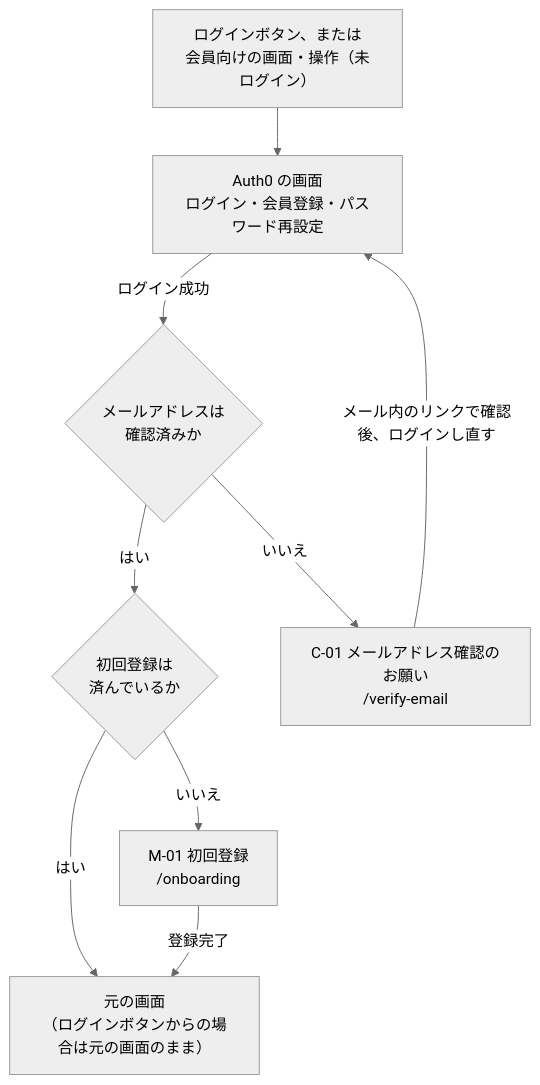
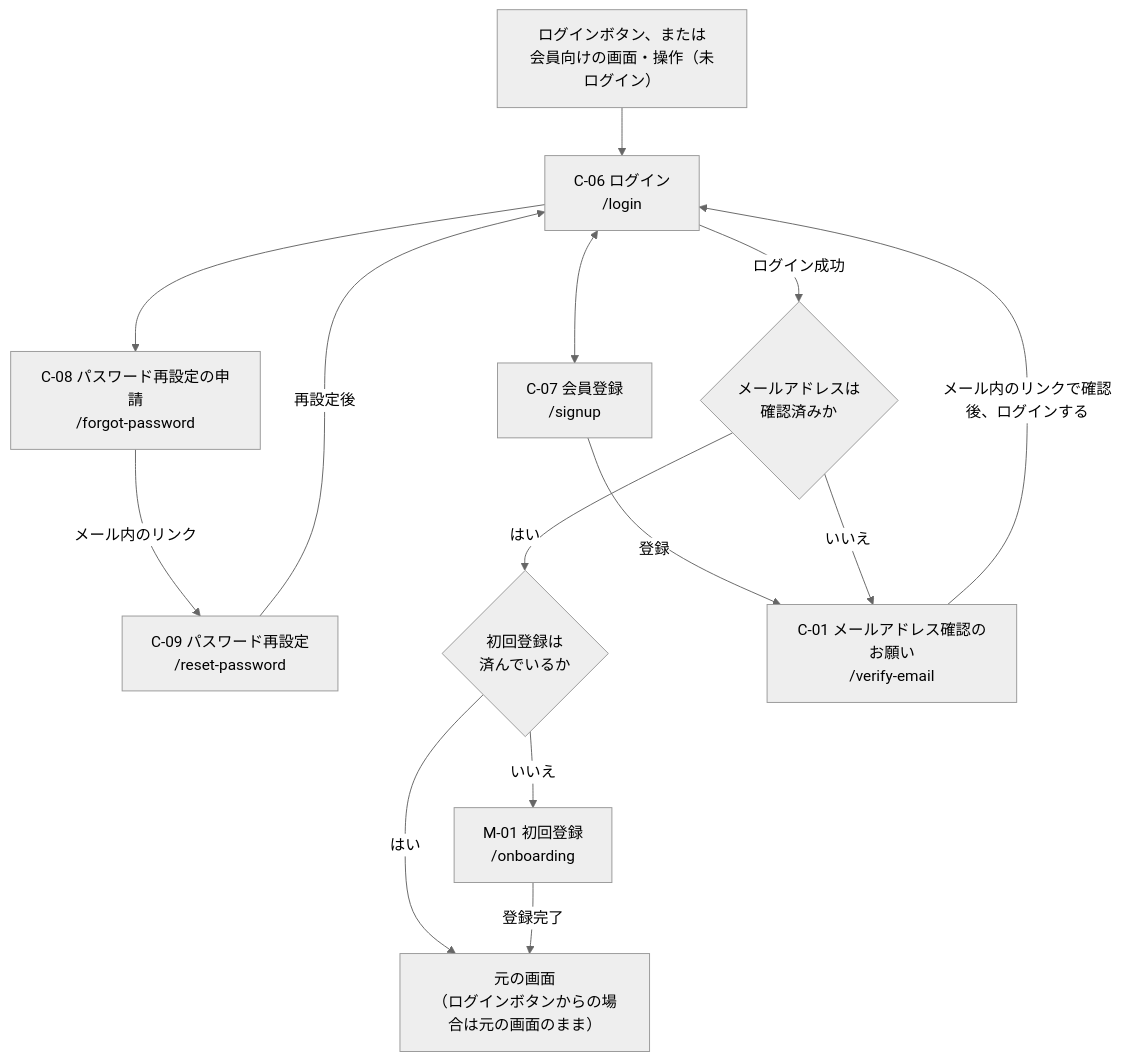
Before and after one commit to mtgit12/joushou: the second of 4 diagrams in docs/design/screens.md, drawn with Mermaid (neutral theme). The commit also changed other lines of this file and 6 other files, not shown here.

````diff
--- a/docs/design/screens.md
+++ b/docs/design/screens.md
@@ -217,19 +224,27 @@
 ```mermaid
 flowchart TD
     Start["ログインボタン、または<br/>会員向けの画面・操作（未ログイン）"]
-    Auth0["Auth0 の画面<br/>ログイン・会員登録・パスワード再設定"]
+    C06["C-06 ログイン<br/>/login"]
+    C07["C-07 会員登録<br/>/signup"]
+    C08["C-08 パスワード再設定の申請<br/>/forgot-password"]
+    C09["C-09 パスワード再設定<br/>/reset-password"]
     Q1{"メールアドレスは<br/>確認済みか"}
     Q2{"初回登録は<br/>済んでいるか"}
     C01["C-01 メールアドレス確認のお願い<br/>/verify-email"]
     M01["M-01 初回登録<br/>/onboarding"]
     Back["元の画面<br/>（ログインボタンからの場合は元の画面のまま）"]
 
-    Start --> Auth0
-    Auth0 -->|ログイン成功| Q1
+    Start --> C06
+    C06 <--> C07
+    C06 --> C08
+    C08 -->|メール内のリンク| C09
+    C09 -->|再設定後| C06
+    C06 -->|ログイン成功| Q1
+    C07 -->|登録| C01
     Q1 -->|いいえ| C01
-    C01 -->|メール内のリンクで確認後、ログインし直す| Auth0
+    C01 -->|メール内のリンクで確認後、ログインする| C06
     Q1 -->|はい| Q2
     Q2 -->|いいえ| M01
     Q2 -->|はい| Back
     M01 -->|登録完了| Back
 ```
````
